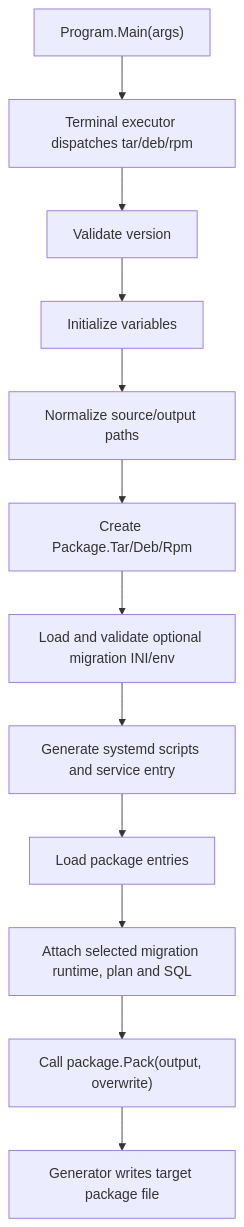
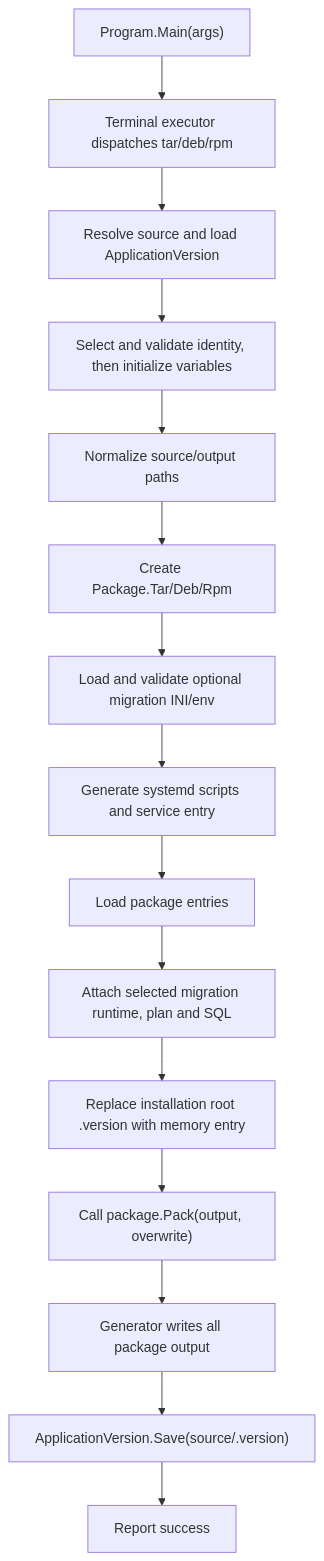
One commit to Zongsoft/tools changed the diagram in packager/docs/implementation.md. Above: the diagram before and after it, drawn with Mermaid. The commit also changed other lines of this file and 21 other files, not shown here.

````diff
--- a/packager/docs/implementation.md
+++ b/packager/docs/implementation.md
@@ -57,14 +59,17 @@
 ```mermaid
 flowchart TD
     A["Program.Main(args)"] --> B["Terminal executor dispatches tar/deb/rpm"]
-    B --> C["Validate version"]
-    C --> D["Initialize variables"]
+    B --> C["Resolve source and load ApplicationVersion"]
+    C --> D["Select and validate identity, then initialize variables"]
     D --> E["Normalize source/output paths"]
     E --> F["Create Package.Tar/Deb/Rpm"]
     F --> M["Load and validate optional migration INI/env"]
     M --> G["Generate systemd scripts and service entry"]
     G --> H["Load package entries"]
     H --> N["Attach selected migration runtime, plan and SQL"]
-    N --> I["Call package.Pack(output, overwrite)"]
-    I --> J["Generator writes target package file"]
+    N --> V["Replace installation root .version with memory entry"]
+    V --> I["Call package.Pack(output, overwrite)"]
+    I --> J["Generator writes all package output"]
+    J --> S["ApplicationVersion.Save(source/.version)"]
+    S --> OK["Report success"]
 ```
````
